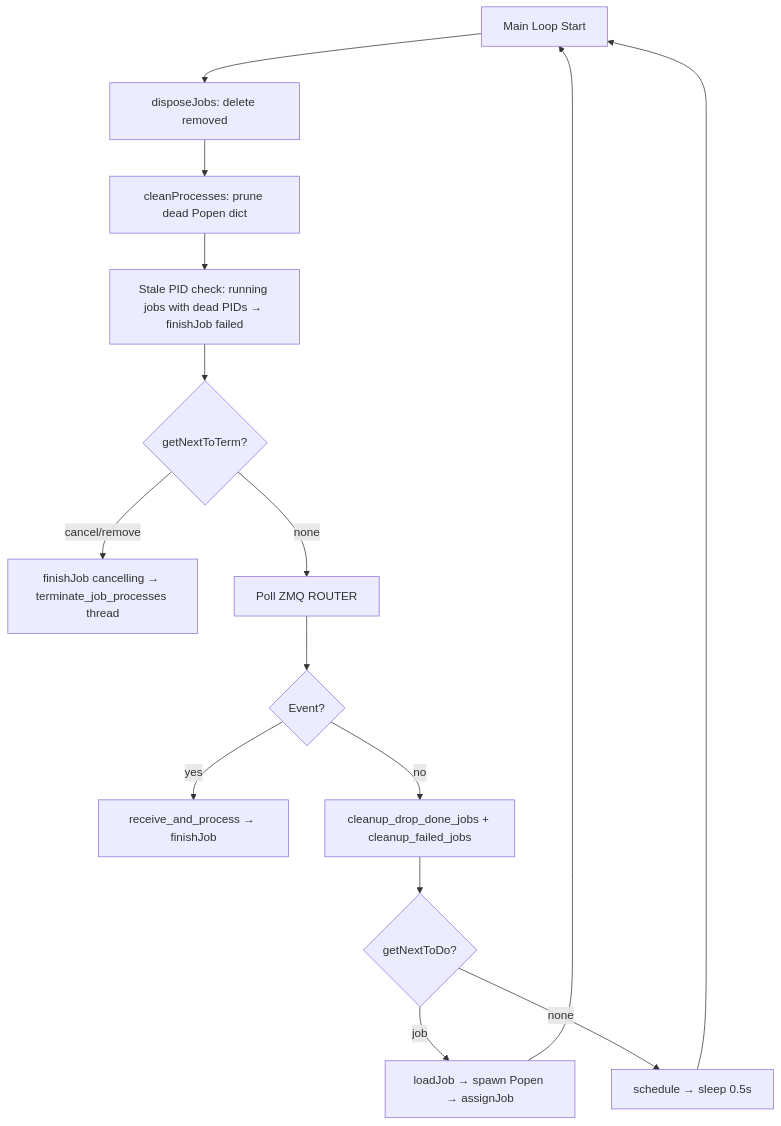
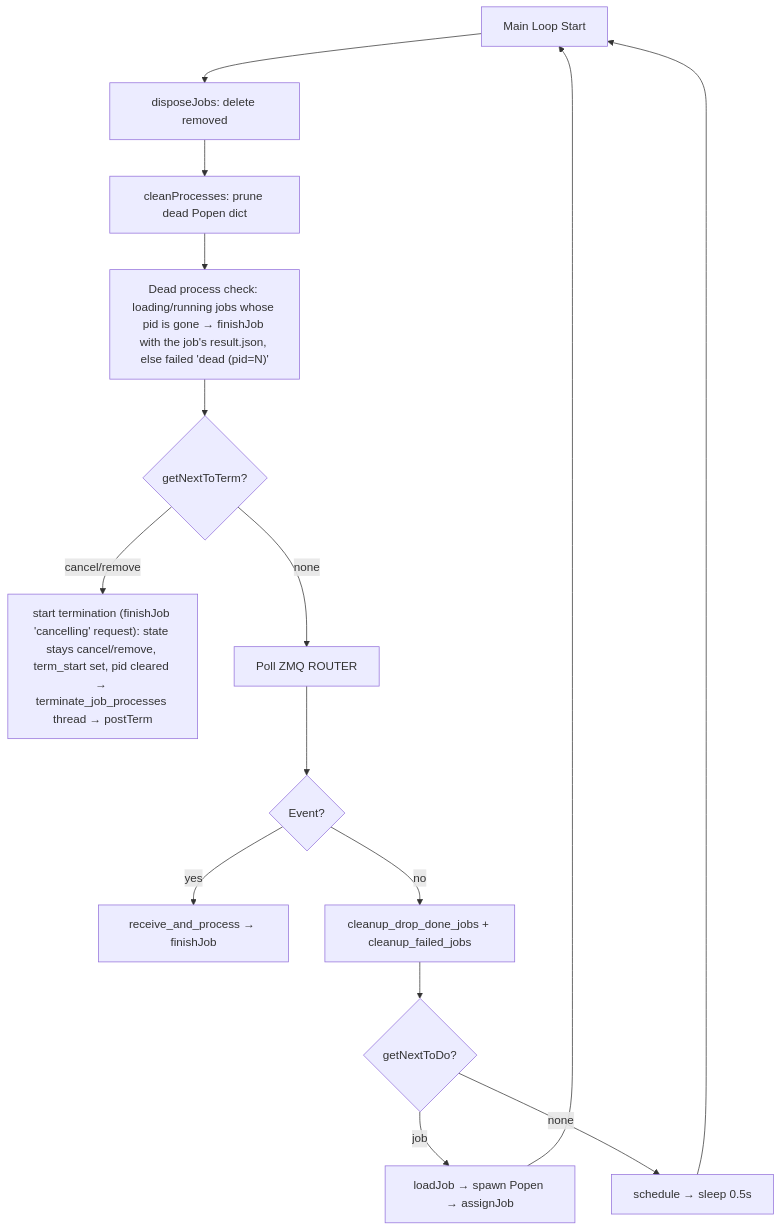
The fifth of 10 diagrams in docs/insights_app.md (pyops-project/pyops), drawn with Mermaid before and after one commit. The commit also changed other lines of this file and 96 other files, not shown here.

````diff
--- a/docs/insights_app.md
+++ b/docs/insights_app.md
@@ -307,17 +334,17 @@
 ```mermaid
 flowchart TD
     A[Main Loop Start] --> B[disposeJobs: delete removed]
     B --> C[cleanProcesses: prune dead Popen dict]
-    C --> D[Stale PID check: running jobs with dead PIDs → finishJob failed]
+    C --> D["Dead process check: loading/running jobs whose pid is gone → finishJob with the job's result.json, else failed 'dead (pid=N)'"]
     D --> E{getNextToTerm?}
-    E -->|cancel/remove| F[finishJob cancelling → terminate_job_processes thread]
+    E -->|cancel/remove| F["start termination (finishJob 'cancelling' request): state stays cancel/remove, term_start set, pid cleared → terminate_job_processes thread → postTerm"]
     E -->|none| G[Poll ZMQ ROUTER]
     G --> H{Event?}
     H -->|yes| I[receive_and_process → finishJob]
     H -->|no| J[cleanup_drop_done_jobs + cleanup_failed_jobs]
     J --> K{getNextToDo?}
     K -->|job| L[loadJob → spawn Popen → assignJob]
     K -->|none| M[schedule → sleep 0.5s]
     L --> A
     M --> A
 ```
````
